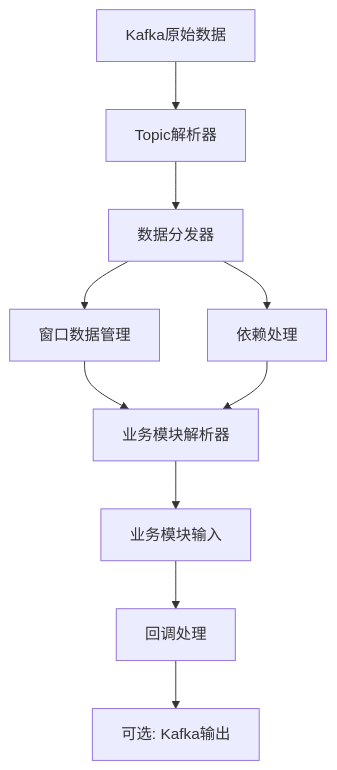
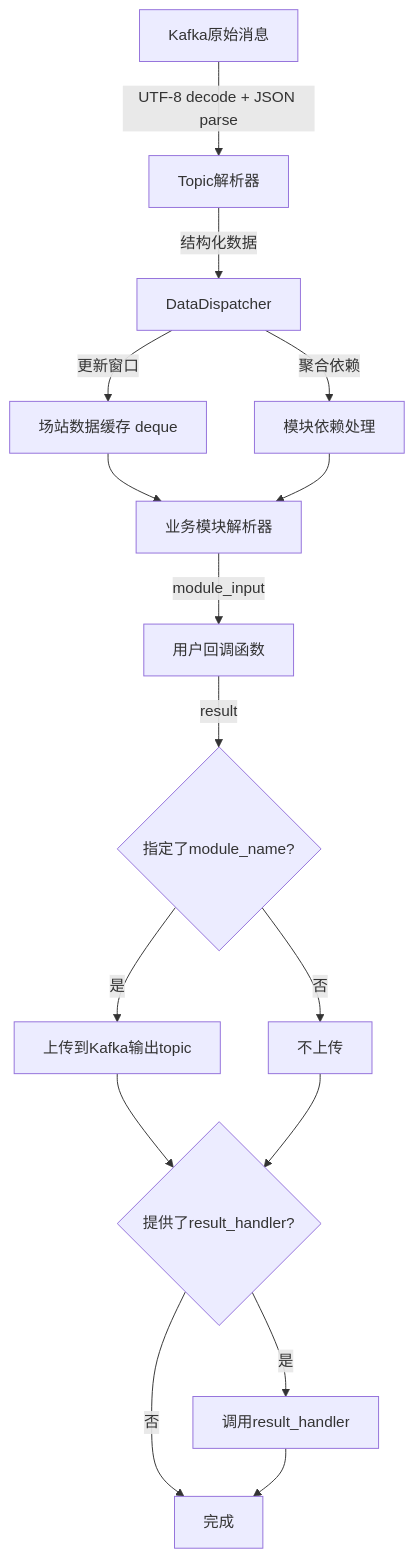
Before and after one commit to fenwickxie/data_analysis: the diagram in d_a/doc/DEVELOPER.md, drawn with Mermaid. The commit also changed other lines of this file and 12 other files, not shown here.

````diff
--- a/d_a/doc/DEVELOPER.md
+++ b/d_a/doc/DEVELOPER.md
@@ -71,12 +154,18 @@
 ```mermaid
 graph TD
-    A[Kafka原始数据] --> B[Topic解析器]
-    B --> C[数据分发器]
-    C --> D[窗口数据管理]
-    C --> E[依赖处理]
+    A[Kafka原始消息] -->|UTF-8 decode + JSON parse| B[Topic解析器]
+    B -->|结构化数据| C[DataDispatcher]
+    C -->|更新窗口| D[场站数据缓存 deque]
+    C -->|聚合依赖| E[模块依赖处理]
     D --> F[业务模块解析器]
     E --> F
-    F --> G[业务模块输入]
-    G --> H[回调处理]
-    H --> I[可选: Kafka输出]
+    F -->|module_input| G[用户回调函数]
+    G -->|result| H{指定了module_name?}
+    H -->|是| I[上传到Kafka输出topic]
+    H -->|否| J[不上传]
+    I --> K{提供了result_handler?}
+    J --> K
+    K -->|是| L[调用result_handler]
+    K -->|否| M[完成]
+    L --> M
 ```
````
